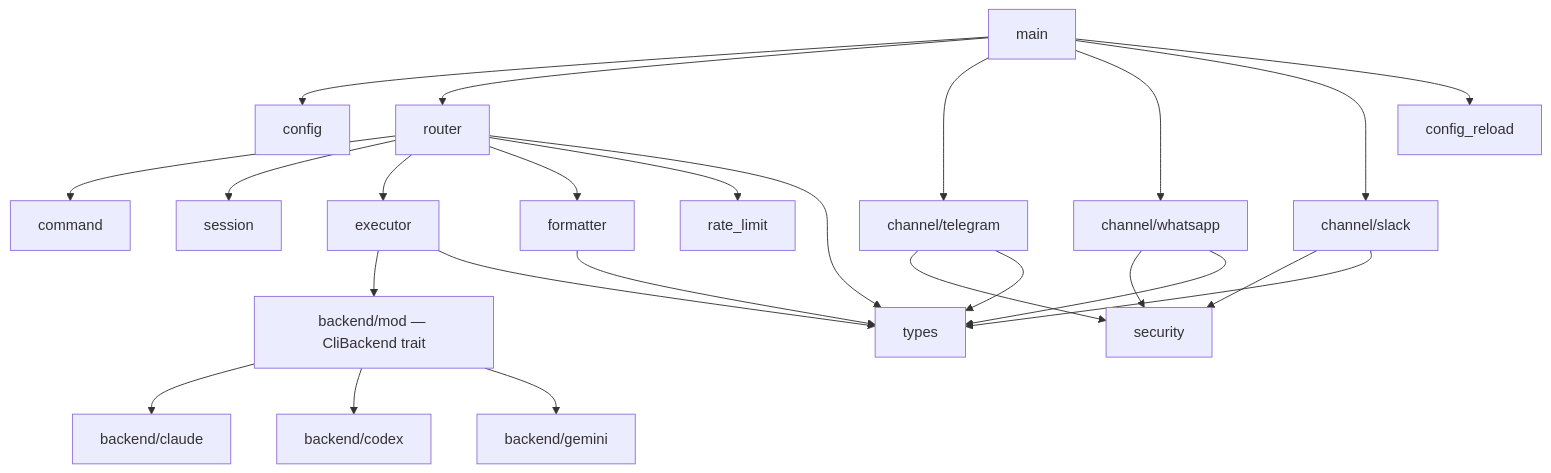
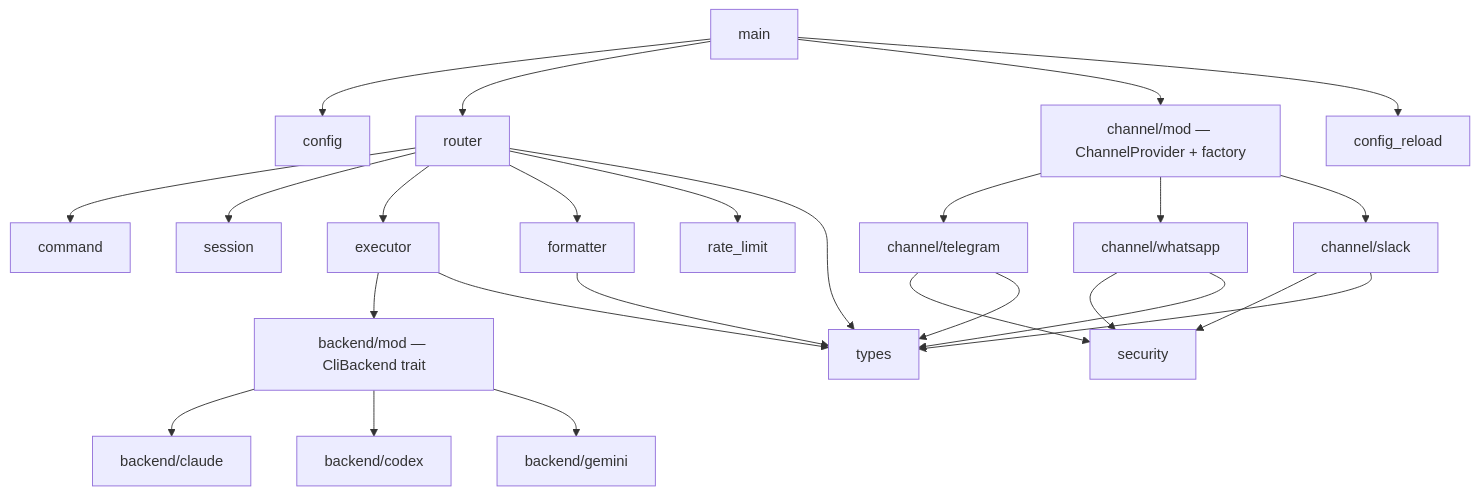
Before and after one commit to Escoto/RustifyMyClaw: the diagram in docs/architecture.md, drawn with Mermaid. The commit also changed other lines of this file and 8 other files, not shown here.

Commit message:
Extract Channel Provider Construction into a Factory (#9)

````diff
--- a/docs/architecture.md
+++ b/docs/architecture.md
@@ -55,31 +55,33 @@
 ```mermaid
 graph TD
     main --> config
     main --> router
-    main --> channel_telegram[channel/telegram]
-    main --> channel_whatsapp[channel/whatsapp]
-    main --> channel_slack[channel/slack]
+    main --> channel_mod[channel/mod — ChannelProvider + factory]
     main --> config_reload
+
+    channel_mod --> channel_telegram[channel/telegram]
+    channel_mod --> channel_whatsapp[channel/whatsapp]
+    channel_mod --> channel_slack[channel/slack]
 
     router --> command
     router --> session
     router --> executor
     router --> formatter
     router --> rate_limit
 
     executor --> backend_mod[backend/mod — CliBackend trait]
     backend_mod --> backend_claude[backend/claude]
     backend_mod --> backend_codex[backend/codex]
     backend_mod --> backend_gemini[backend/gemini]
 
     channel_telegram --> security
     channel_whatsapp --> security
     channel_slack --> security
 
     channel_telegram --> types
     channel_whatsapp --> types
     channel_slack --> types
     router --> types
     executor --> types
     formatter --> types
 ```
````
